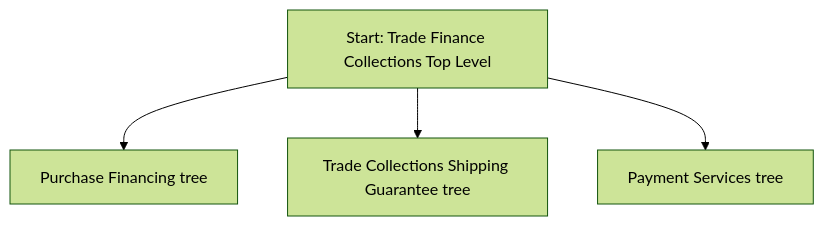
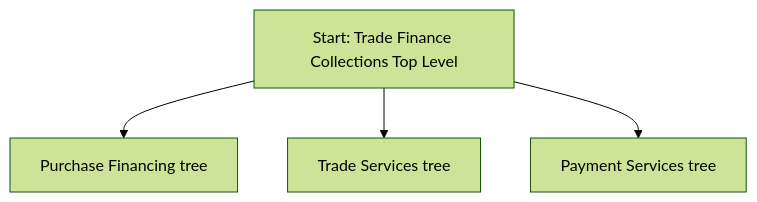
One commit to sage-develop/why changed the diagram in tvc_decision_trees/collections_decision_trees/top_level_tree.md. Above: the diagram before and after it, drawn with Mermaid (forest theme). The commit also changed other lines of this file and 3 other files, not shown here.

Commit message:
update Shipping guarantee tree to be Payment services

````diff
--- a/tvc_decision_trees/collections_decision_trees/top_level_tree.md
+++ b/tvc_decision_trees/collections_decision_trees/top_level_tree.md
@@ -12,9 +12,9 @@
 ```mermaid
 %% Trade Finance Collections - Top Level Decision Tree
 
 flowchart TD
     A[Start: Trade Finance Collections Top Level]
     A --> B[Purchase Financing tree]
-    A --> C[Trade Collections Shipping Guarantee tree]
+    A --> C[Trade Services tree]
     A --> D[Payment Services tree]
 ```
````
